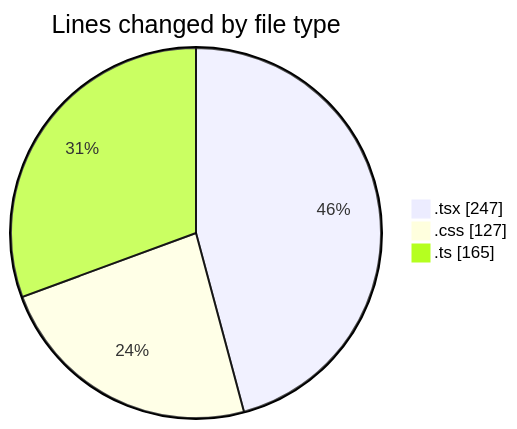
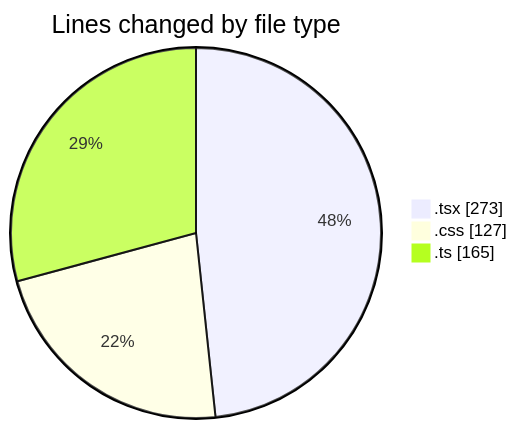
The first of 2 diagrams in 2025-01-09/mbc-web/README.md (robertbonfada/code-tracking), drawn with Mermaid before and after one commit. The commit also changed other lines of this file and 1 other file, not shown here.

````diff
--- a/2025-01-09/mbc-web/README.md
+++ b/2025-01-09/mbc-web/README.md
@@ -30,7 +30,7 @@
 ```mermaid
 pie showData
 title Lines changed by file type
-".tsx" : 247
+".tsx" : 273
 ".css" : 127
 ".ts" : 165
 ```
````
